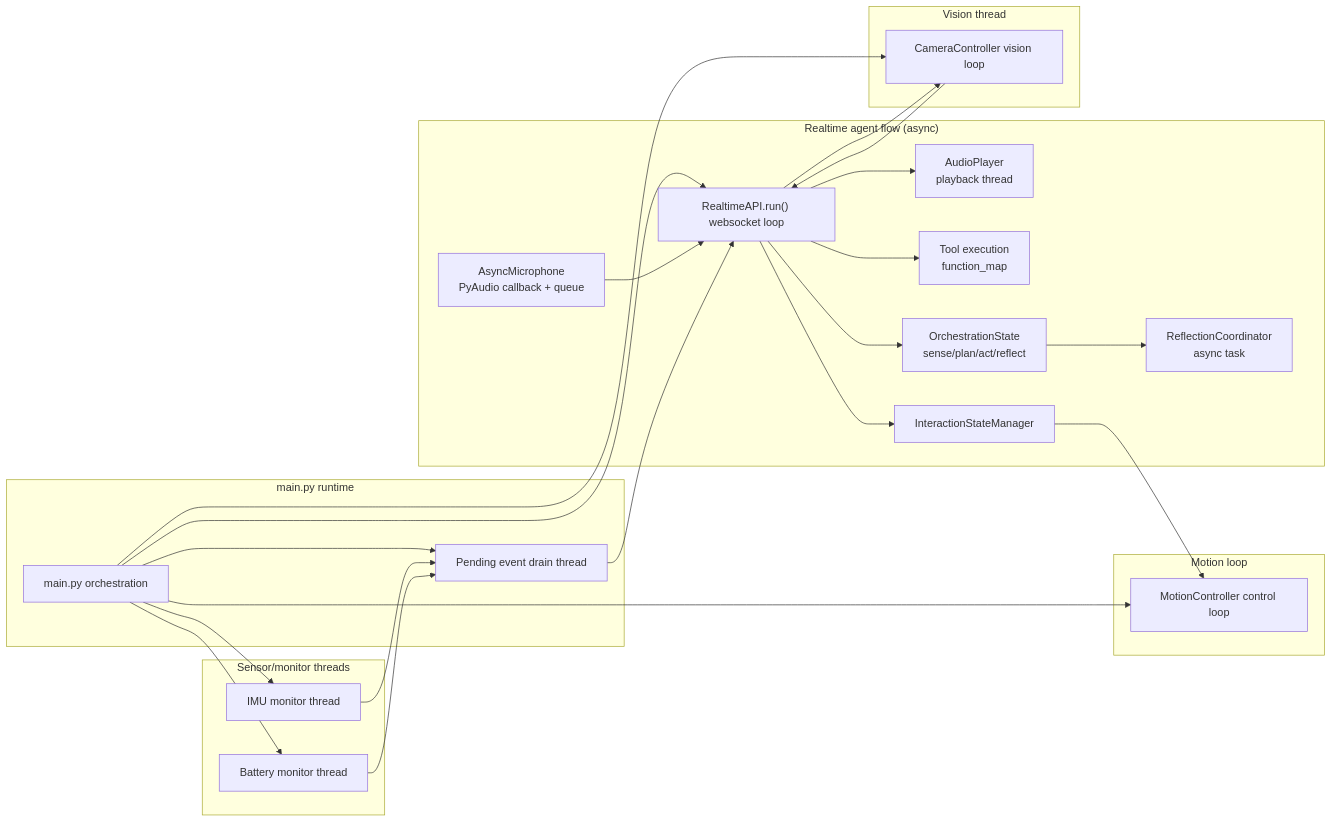
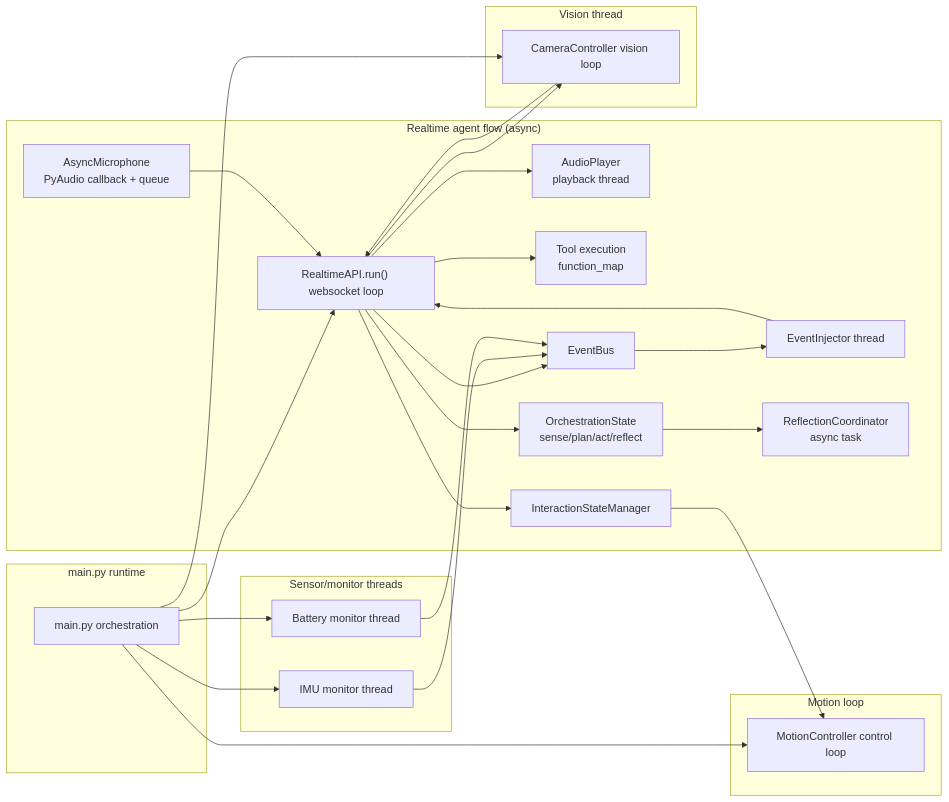
The diagram in docs/agent-map.md (noog6/pyPiBot), drawn with Mermaid before and after one commit. The commit also changed other lines of this file, not shown here.

Commit message:
Update agent map for event bus injection

````diff
--- a/docs/agent-map.md
+++ b/docs/agent-map.md
@@ -34,53 +37,55 @@
 ```mermaid
 flowchart LR
     subgraph Runtime["main.py runtime"]
         MAIN[main.py orchestration]
-        DRAIN[Pending event drain thread]
     end
 
     subgraph Realtime["Realtime agent flow (async)"]
         WS["RealtimeAPI.run() websocket loop"]
         MIC["AsyncMicrophone<br/>PyAudio callback + queue"]
         PLAYER["AudioPlayer<br/>playback thread"]
         TOOLS["Tool execution<br/>function_map"]
+        BUS["EventBus"]
+        INJECT["EventInjector thread"]
         STATE[InteractionStateManager]
         ORCH["OrchestrationState<br/>sense/plan/act/reflect"]
         REFLECTOR["ReflectionCoordinator<br/>async task"]
     end
 
     subgraph Sensors["Sensor/monitor threads"]
         IMU[IMU monitor thread]
         BAT[Battery monitor thread]
     end
 
     subgraph Vision["Vision thread"]
         CAM[CameraController vision loop]
     end
 
     subgraph Motion["Motion loop"]
         MOTION[MotionController control loop]
     end
 
     MAIN --> WS
-    MAIN --> DRAIN
     MAIN --> CAM
     MAIN --> MOTION
     MAIN --> IMU
     MAIN --> BAT
 
     MIC --> WS
     WS --> PLAYER
     WS --> TOOLS
+    WS --> BUS
+    BUS --> INJECT
+    INJECT --> WS
     WS --> STATE
     WS --> ORCH
     ORCH --> REFLECTOR
 
-    IMU --> DRAIN
-    BAT --> DRAIN
-    DRAIN --> WS
+    IMU --> BUS
+    BAT --> BUS
 
     CAM --> WS
     WS --> CAM
 
     STATE --> MOTION
 ```
````
